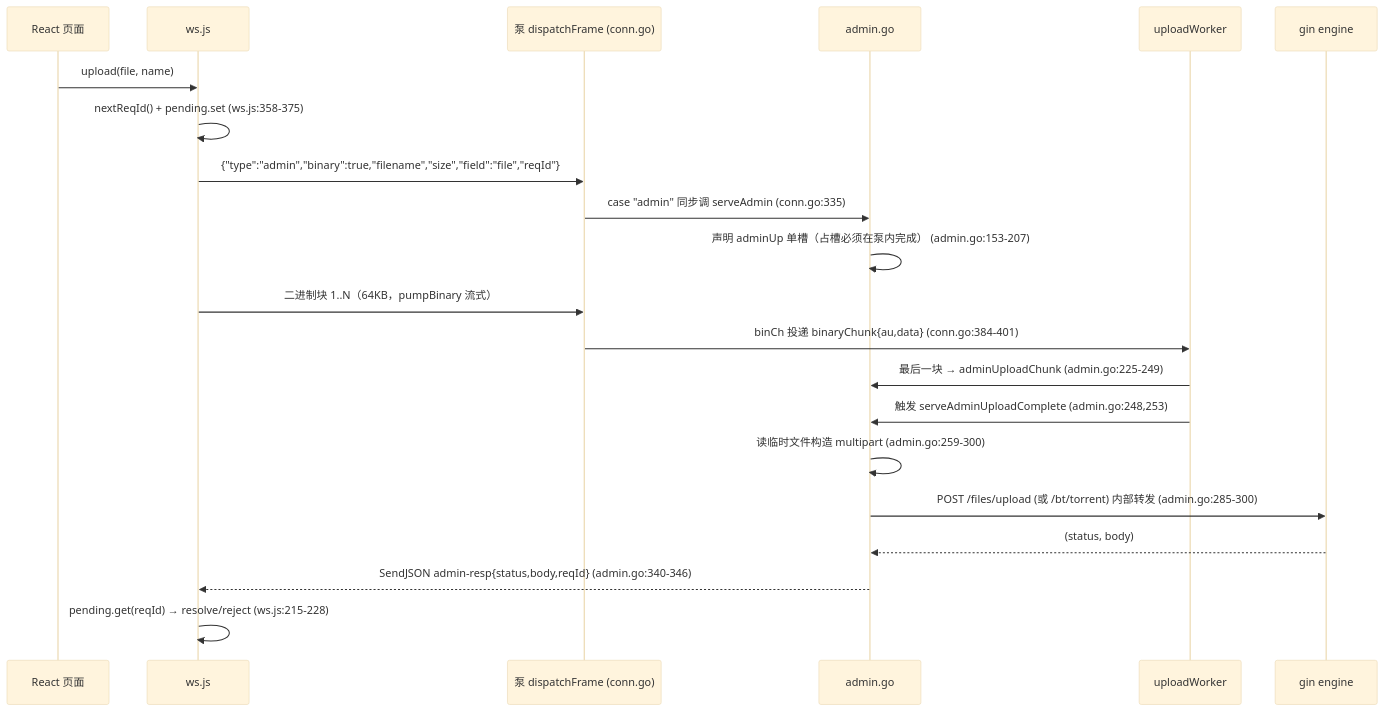
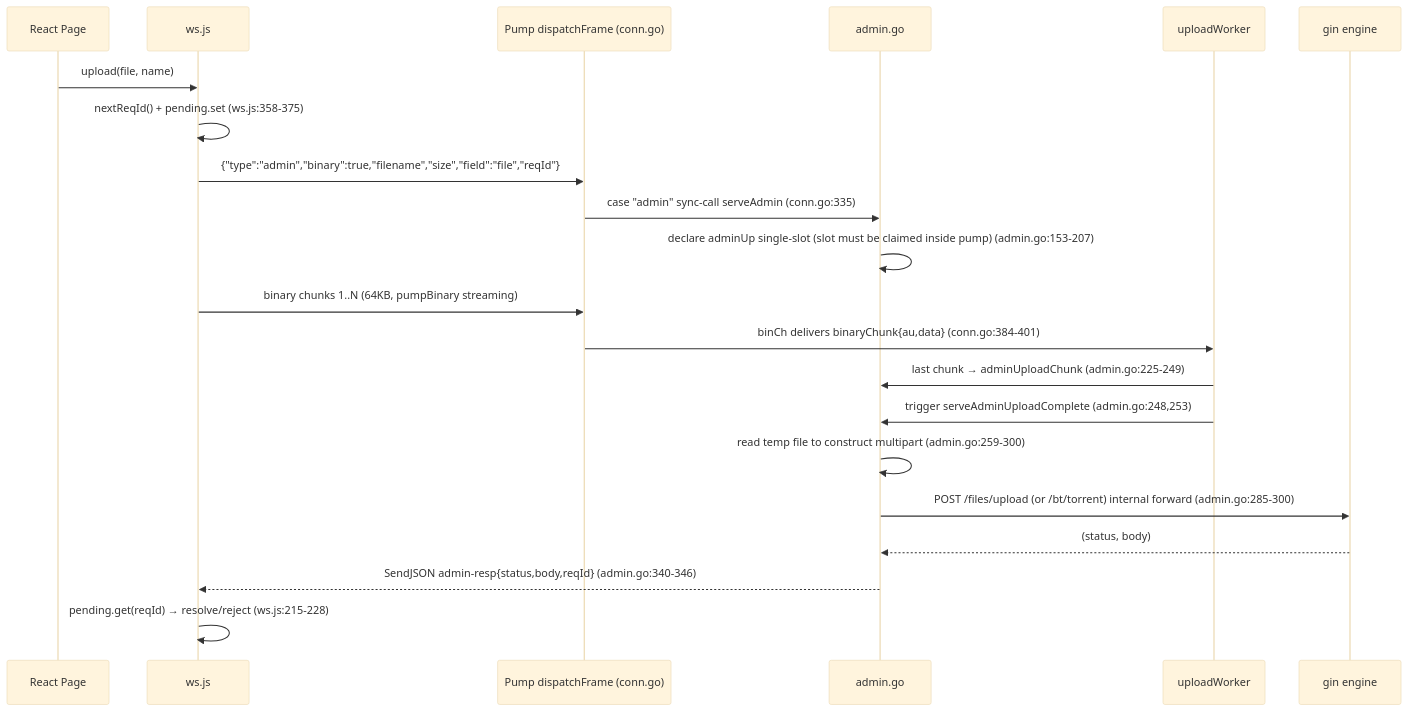
One commit to Hana-ame/peerdrive changed the third of 3 diagrams in doc/design/connections/01-frontend-backend.md. Above: the diagram before and after it, drawn with Mermaid (base theme). The commit also changed other lines of this file and 357 other files, not shown here.

````diff
--- a/doc/design/connections/01-frontend-backend.md
+++ b/doc/design/connections/01-frontend-backend.md
@@ -90,24 +90,24 @@
 ```mermaid
 sequenceDiagram
-  participant UI as React 页面
+  participant UI as React Page
   participant WS as ws.js
-  participant P as 泵 dispatchFrame (conn.go)
+  participant P as Pump dispatchFrame (conn.go)
   participant A as admin.go
   participant W as uploadWorker
   participant G as gin engine
 
   UI->>WS: upload(file, name)
   WS->>WS: nextReqId() + pending.set (ws.js:358-375)
   WS->>P: {"type":"admin","binary":true,"filename","size","field":"file","reqId"}
-  P->>A: case "admin" 同步调 serveAdmin (conn.go:335)
-  A->>A: 声明 adminUp 单槽（占槽必须在泵内完成） (admin.go:153-207)
-  WS->>P: 二进制块 1..N（64KB，pumpBinary 流式）
-  P->>W: binCh 投递 binaryChunk{au,data} (conn.go:384-401)
-  W->>A: 最后一块 → adminUploadChunk (admin.go:225-249)
-  W->>A: 触发 serveAdminUploadComplete (admin.go:248,253)
-  A->>A: 读临时文件构造 multipart (admin.go:259-300)
-  A->>G: POST /files/upload (或 /bt/torrent) 内部转发 (admin.go:285-300)
+  P->>A: case "admin" sync-call serveAdmin (conn.go:335)
+  A->>A: declare adminUp single-slot (slot must be claimed inside pump) (admin.go:153-207)
+  WS->>P: binary chunks 1..N (64KB, pumpBinary streaming)
+  P->>W: binCh delivers binaryChunk{au,data} (conn.go:384-401)
+  W->>A: last chunk → adminUploadChunk (admin.go:225-249)
+  W->>A: trigger serveAdminUploadComplete (admin.go:248,253)
+  A->>A: read temp file to construct multipart (admin.go:259-300)
+  A->>G: POST /files/upload (or /bt/torrent) internal forward (admin.go:285-300)
   G-->>A: (status, body)
   A-->>WS: SendJSON admin-resp{status,body,reqId} (admin.go:340-346)
   WS->>WS: pending.get(reqId) → resolve/reject (ws.js:215-228)
 ```
````
